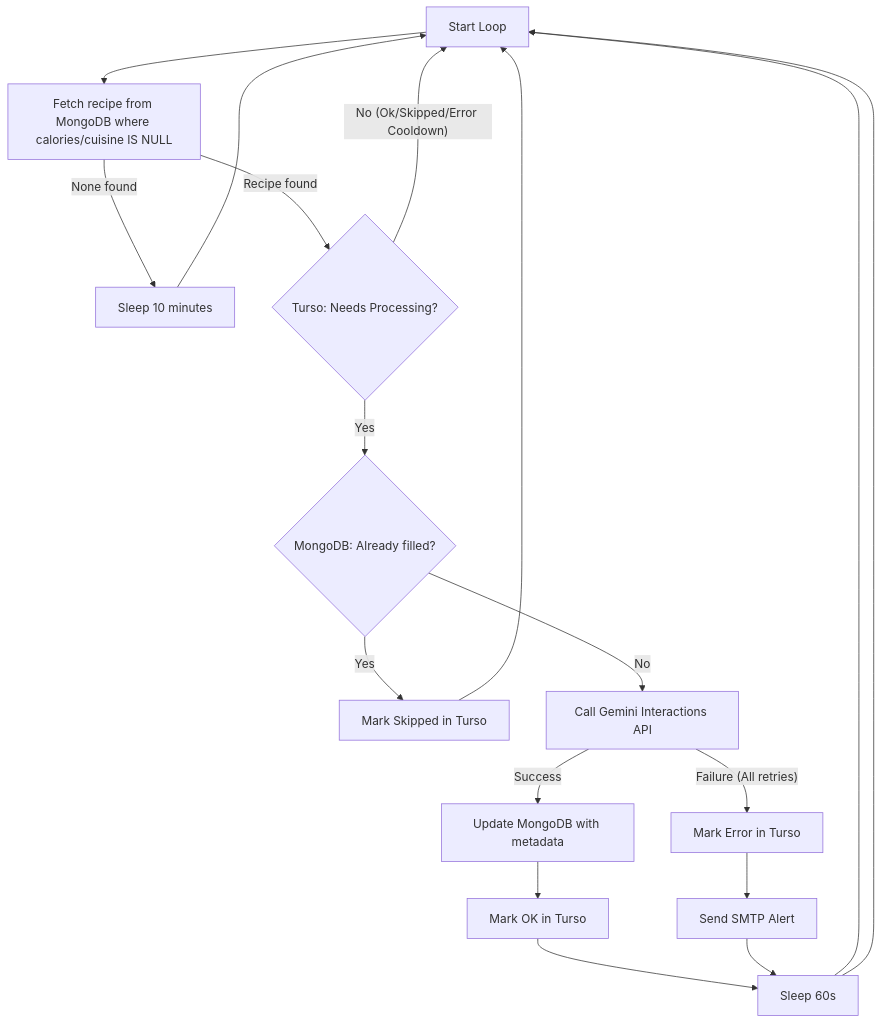
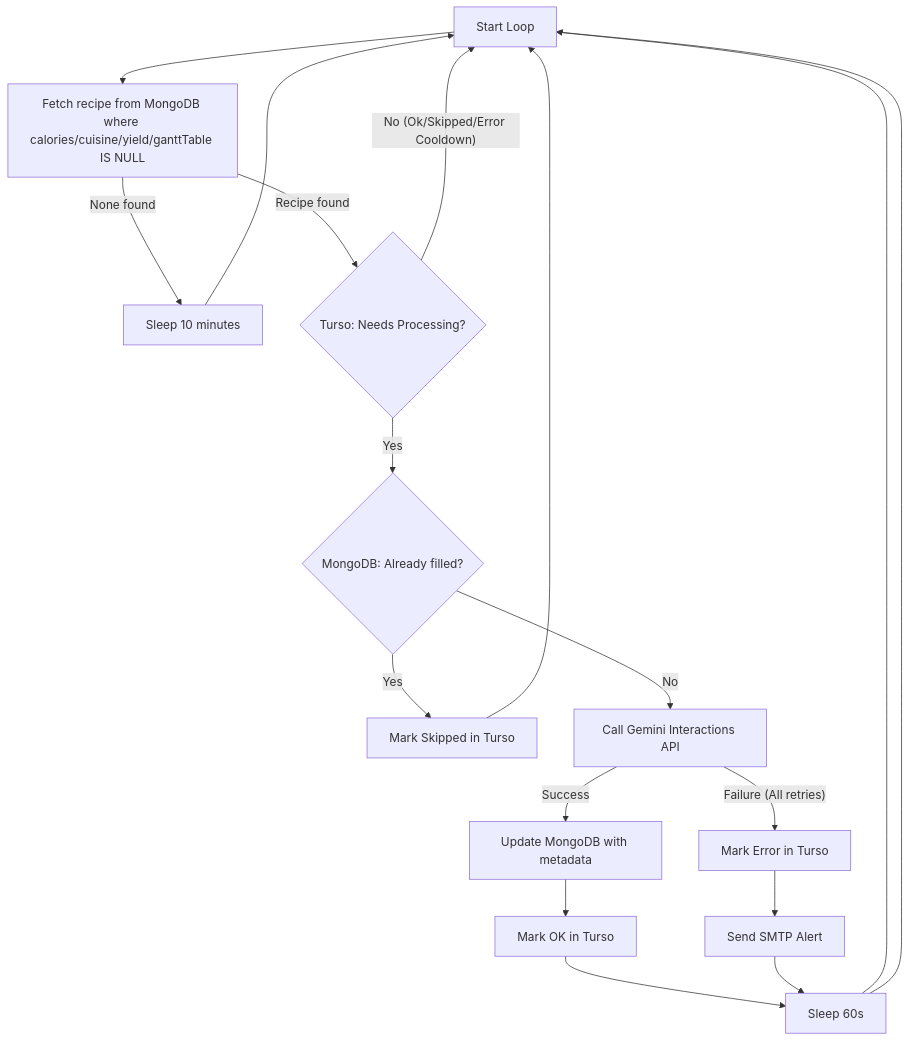
Before and after one commit to jorbites/tagatoni: the diagram in docs/architecture.md, drawn with Mermaid. The commit also changed other lines of this file and 5 other files, not shown here.

````diff
--- a/docs/architecture.md
+++ b/docs/architecture.md
@@ -22,12 +23,12 @@
 ```mermaid
 graph TD
-    A[Start Loop] --> B[Fetch recipe from MongoDB where calories/cuisine IS NULL]
+    A[Start Loop] --> B[Fetch recipe from MongoDB where calories/cuisine/yield/ganttTable IS NULL]
     B -- None found --> C[Sleep 10 minutes] --> A
     B -- Recipe found --> D{Turso: Needs Processing?}
     D -- No (Ok/Skipped/Error Cooldown) --> A
     D -- Yes --> E{MongoDB: Already filled?}
     E -- Yes --> F[Mark Skipped in Turso] --> A
     E -- No --> G[Call Gemini Interactions API]
     G -- Success --> H[Update MongoDB with metadata] --> I[Mark OK in Turso] --> J[Sleep 60s] --> A
     G -- Failure (All retries) --> K[Mark Error in Turso] --> L[Send SMTP Alert] --> J --> A
 ```
````
